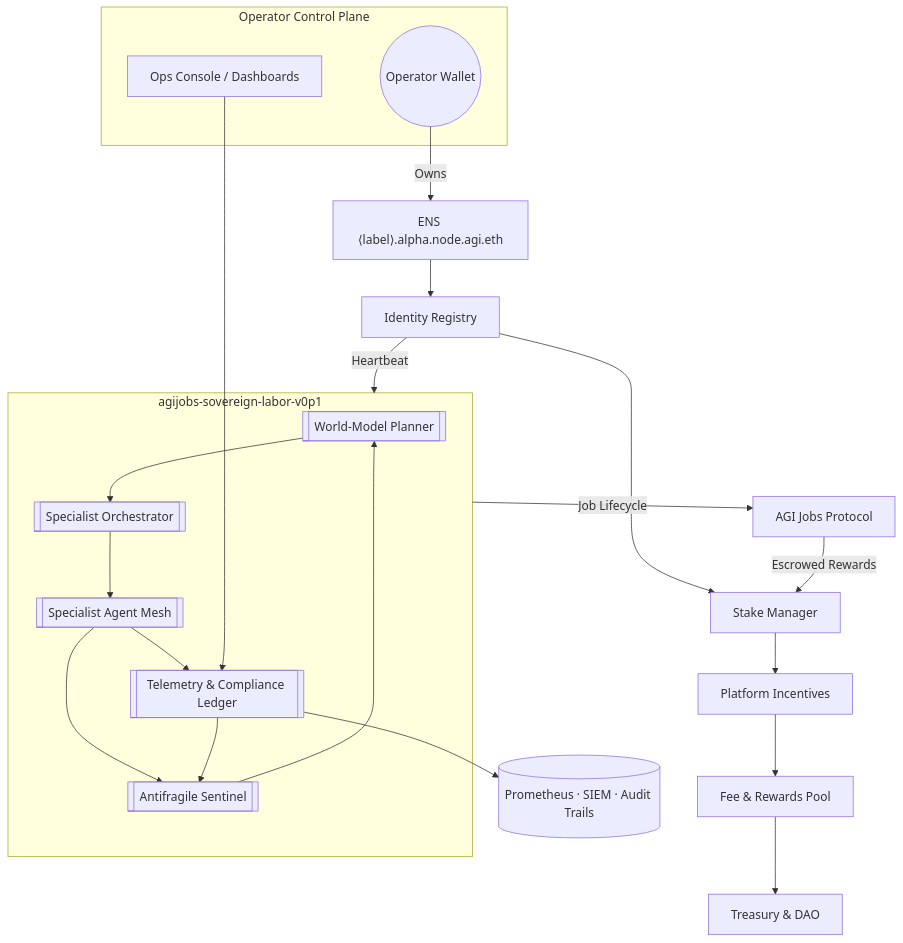
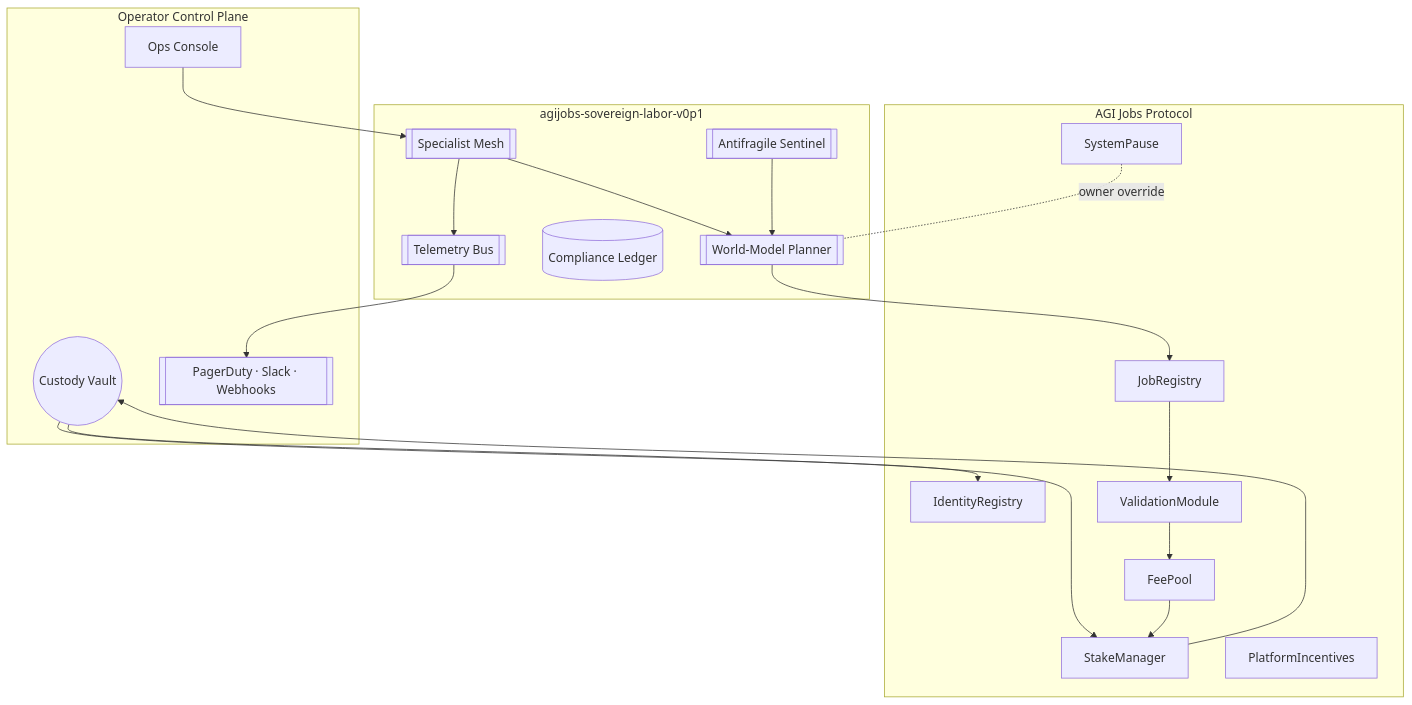
One commit to MontrealAI/AGI-Alpha-Node-v0 changed the diagram in README.md. Above: the diagram before and after it, drawn with Mermaid. The commit also changed other lines of this file and 1 other file, not shown here.

Commit message:
Refresh operator documentation and CI guidance

````diff
--- a/README.md
+++ b/README.md
@@ -65,35 +68,40 @@
 ```mermaid
 flowchart TB
     subgraph ControlPlane[Operator Control Plane]
-        Wallet((Operator Wallet))
-        Console[Ops Console / Dashboards]
+        Wallet((Custody Vault))
+        Console[Ops Console]
+        Alerts[[PagerDuty · Slack · Webhooks]]
     end
 
-    Wallet -->|Owns| ENS[ENS ⟨label⟩.alpha.node.agi.eth]
-    ENS --> IdentityRegistry[Identity Registry]
-    IdentityRegistry --> StakeManager[Stake Manager]
-    StakeManager --> PlatformIncentives[Platform Incentives]
-    PlatformIncentives --> FeePool[Fee & Rewards Pool]
-    FeePool --> Treasury[Treasury & DAO]
-
-    subgraph AlphaNode[agijobs-sovereign-labor-v0p1]
+    subgraph SovereignNode[agijobs-sovereign-labor-v0p1]
         Planner[[World-Model Planner]]
-        Orchestrator[[Specialist Orchestrator]]
-        Agents[[Specialist Agent Mesh]]
+        Orchestrator[[Specialist Mesh]]
         Sentinel[[Antifragile Sentinel]]
-        Telemetry[[Telemetry & Compliance Ledger]]
-
-        Planner --> Orchestrator
-        Orchestrator --> Agents
-        Agents --> Sentinel
-        Sentinel --> Planner
-        Agents --> Telemetry
-        Telemetry --> Sentinel
+        Ledger[(Compliance Ledger)]
+        Telemetry[[Telemetry Bus]]
     end
 
-    IdentityRegistry -->|Heartbeat| AlphaNode
-    AlphaNode -->|Job Lifecycle| AGIJobs[AGI Jobs Protocol]
-    AGIJobs -->|Escrowed Rewards| StakeManager
-    Telemetry --> Observability[(Prometheus · SIEM · Audit Trails)]
-    Console --> Telemetry
+    subgraph ProtocolCore[AGI Jobs Protocol]
+        IdentityRegistry
+        StakeManager
+        PlatformIncentives
+        JobRegistry
+        ValidationModule
+        FeePool
+        SystemPause
+    end
+
+    Wallet --> IdentityRegistry
+    Wallet --> StakeManager
+    Console --> Orchestrator
+    Orchestrator --> Planner
+    Planner --> JobRegistry
+    JobRegistry --> ValidationModule
+    ValidationModule --> FeePool
+    FeePool --> StakeManager
+    StakeManager --> Wallet
+    Orchestrator --> Telemetry
+    Telemetry --> Alerts
+    Sentinel --> Planner
+    SystemPause -. owner override .- Planner
 ```
````
